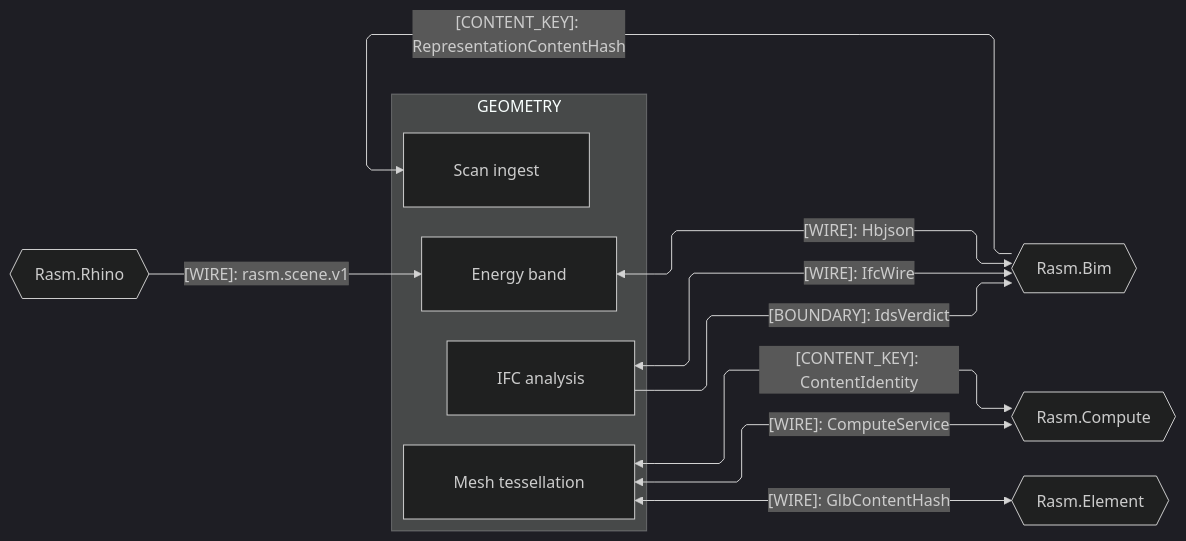
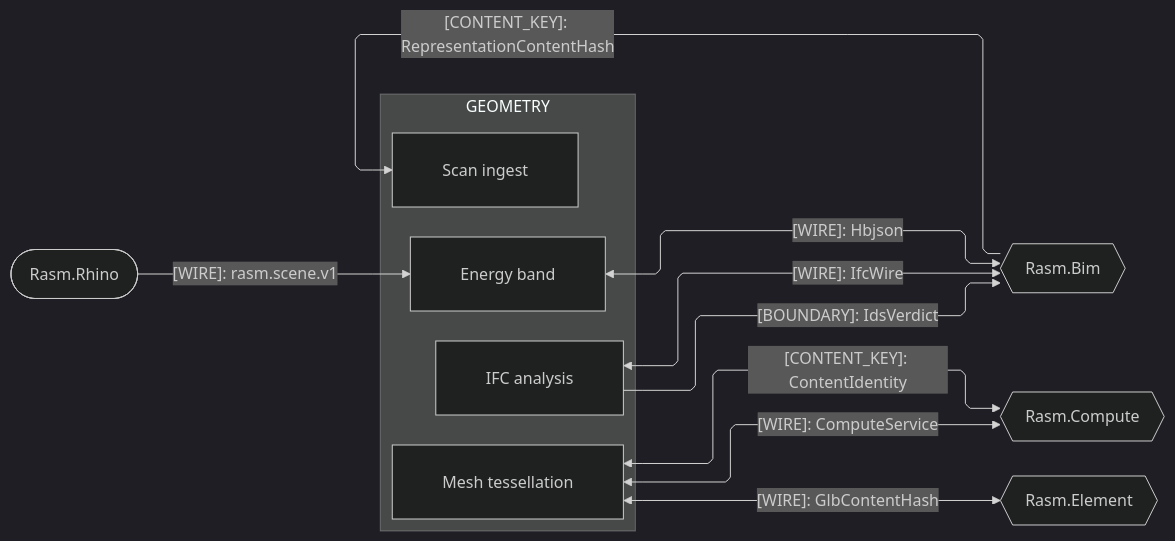
One commit to bsamiee/Rasm changed the second of 4 diagrams in libs/python/geometry/ARCHITECTURE.md. Above: the diagram before and after it, drawn with Mermaid (dark theme). The commit also changed other lines of this file and 115 other files, not shown here.

````diff
--- a/libs/python/geometry/ARCHITECTURE.md
+++ b/libs/python/geometry/ARCHITECTURE.md
@@ -88,30 +90,30 @@
 ```mermaid
 ---
 config:
   layout: elk
   flowchart:
     curve: linear
     padding: 25
 ---
 flowchart LR
     accTitle: Geometry cross-runtime C# peer seams
-    accDescr: Geometry sub-domain owners exchanging tessellation wires, content keys, IFC crossings, captured-scene descriptors, and validation evidence with the C# peers.
+    accDescr: Which kinded contracts cross between the geometry owners and the C# peers.
     subgraph geometry[GEOMETRY]
         Mesh[Mesh tessellation]
         Ifc[IFC analysis]
         Scan[Scan ingest]
         Energy[Energy band]
     end
     Bim{{Rasm.Bim}}
     Compute{{Rasm.Compute}}
     Element{{Rasm.Element}}
-    Rhino{{Rasm.Rhino}}
+    Rhino([Rasm.Rhino])
     Mesh e1@<-->|"[WIRE]: ComputeService"| Compute
     Mesh e2@<-->|"[CONTENT_KEY]: ContentIdentity"| Compute
     Mesh e3@<-->|"[WIRE]: GlbContentHash"| Element
     Ifc e4@<-->|"[WIRE]: IfcWire"| Bim
     Ifc e5@-->|"[BOUNDARY]: IdsVerdict"| Bim
     Bim e6@-->|"[CONTENT_KEY]: RepresentationContentHash"| Scan
     Energy e7@<-->|"[WIRE]: Hbjson"| Bim
     Rhino e8@-->|"[WIRE]: rasm.scene.v1"| Energy
 ```
````
